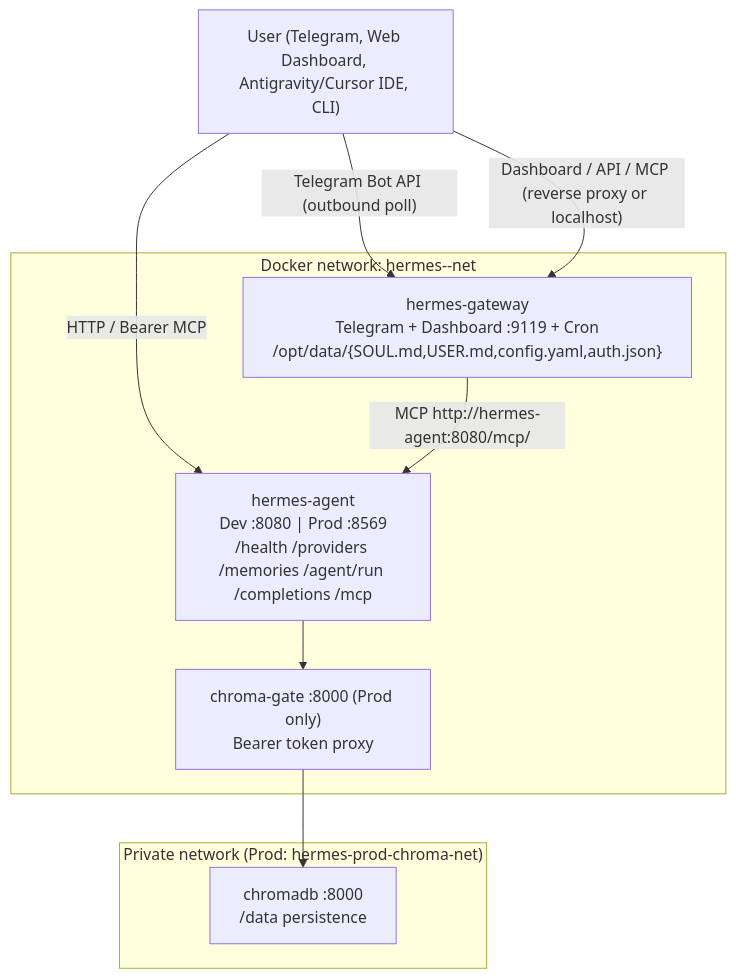
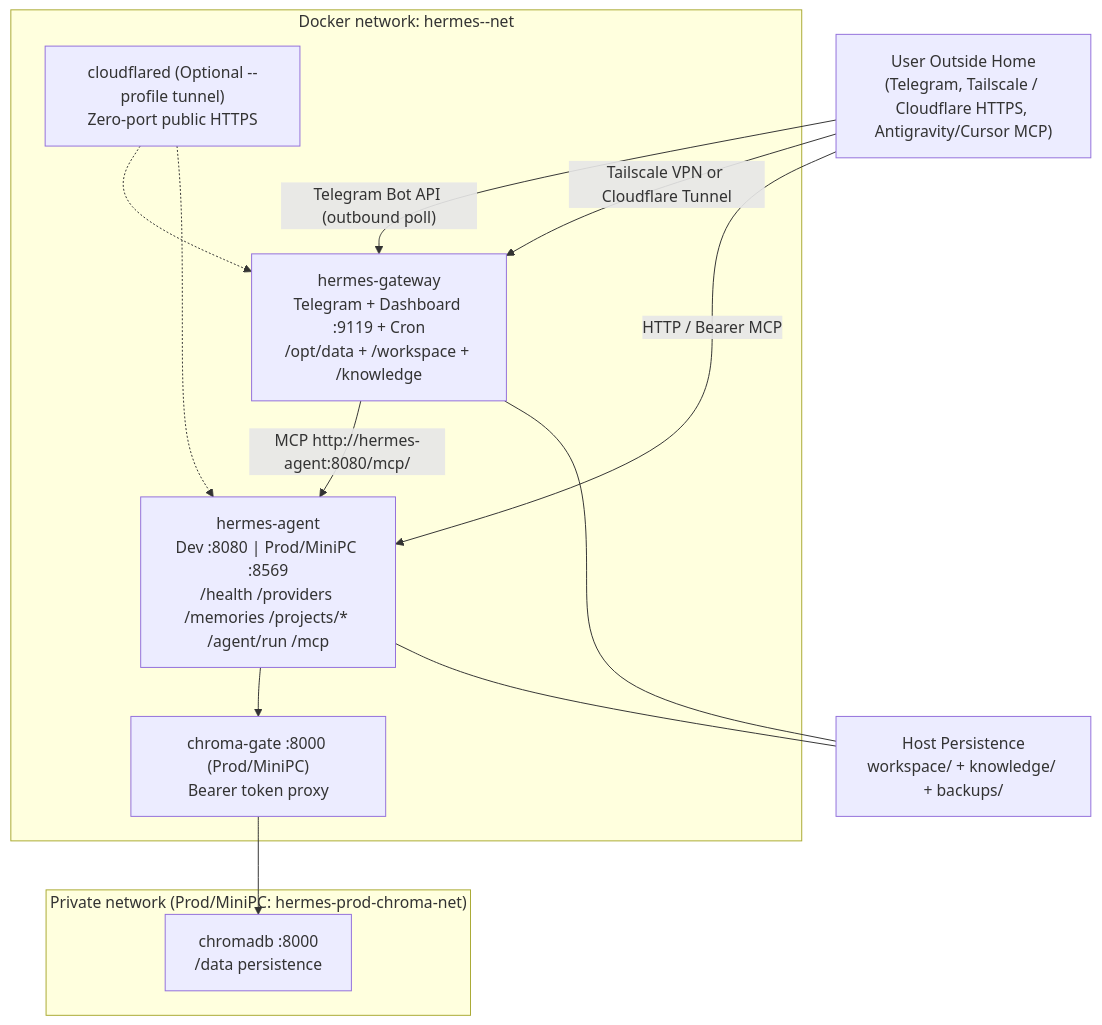
One commit to Sadramst/hermes-agent changed the diagram in AGENTS.md. Above: the diagram before and after it, drawn with Mermaid. The commit also changed other lines of this file and 34 other files, not shown here.

First line of the commit message:
v0.6.0: Add Mini PC Personal Brain, Multi-Project Workspace Commander, and Remote Access

````diff
--- a/AGENTS.md
+++ b/AGENTS.md
@@ -25,18 +27,24 @@
 ```mermaid
 flowchart TB
-  user["User (Telegram, Web Dashboard, Antigravity/Cursor IDE, CLI)"]
+  user["User Outside Home\n(Telegram, Tailscale / Cloudflare HTTPS, Antigravity/Cursor MCP)"]
   subgraph net ["Docker network: hermes-<env>-net"]
-    gw["hermes-gateway\nTelegram + Dashboard :9119 + Cron\n/opt/data/{SOUL.md,USER.md,config.yaml,auth.json}"]
-    agent["hermes-agent\nDev :8080 | Prod :8569\n/health /providers /memories /agent/run /completions /mcp"]
-    gate["chroma-gate :8000 (Prod only)\nBearer token proxy"]
+    gw["hermes-gateway\nTelegram + Dashboard :9119 + Cron\n/opt/data + /workspace + /knowledge"]
+    agent["hermes-agent\nDev :8080 | Prod/MiniPC :8569\n/health /providers /memories /projects/* /agent/run /mcp"]
+    gate["chroma-gate :8000 (Prod/MiniPC)\nBearer token proxy"]
+    cf["cloudflared (Optional --profile tunnel)\nZero-port public HTTPS"]
   end
-  subgraph chromaNet ["Private network (Prod: hermes-prod-chroma-net)"]
+  subgraph chromaNet ["Private network (Prod/MiniPC: hermes-prod-chroma-net)"]
     chroma["chromadb :8000\n/data persistence"]
   end
+  host["Host Persistence\nworkspace/ + knowledge/ + backups/"]
 
   user -->|"Telegram Bot API (outbound poll)"| gw
-  user -->|"Dashboard / API / MCP (reverse proxy or localhost)"| gw
+  user -->|"Tailscale VPN or Cloudflare Tunnel"| gw
   user -->|"HTTP / Bearer MCP"| agent
+  cf -.-> gw
+  cf -.-> agent
   gw -->|"MCP http://hermes-agent:8080/mcp/"| agent
   agent --> gate --> chroma
+  gw --- host
+  agent --- host
 ```
````
